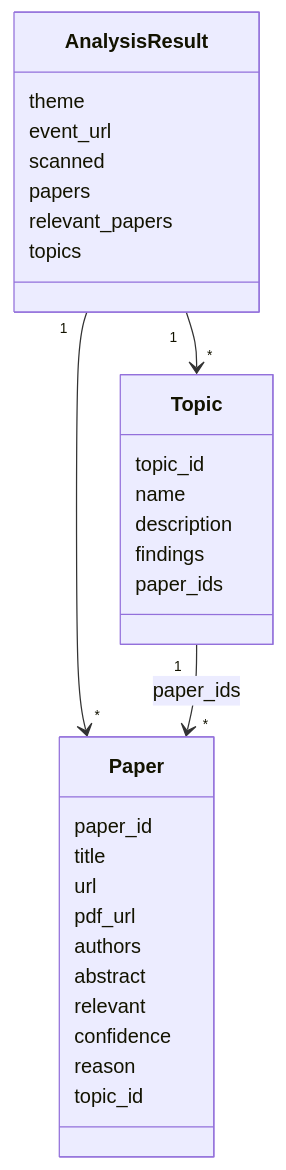
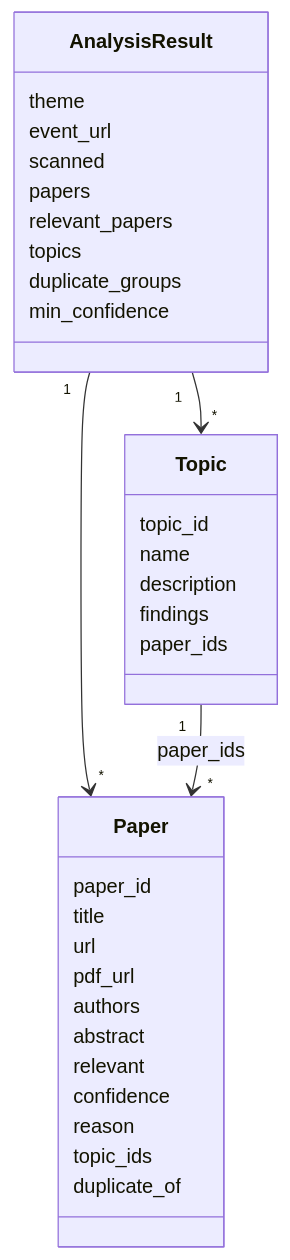
Before and after one commit to picaultj/conflens: the fourth of 4 diagrams in docs/ARCHITECTURE.md, drawn with Mermaid. The commit also changed other lines of this file and 2 other files, not shown here.

First line of the commit message:
Docs: refresh README, ARCHITECTURE, and AGENTS for current features

````diff
--- a/docs/ARCHITECTURE.md
+++ b/docs/ARCHITECTURE.md
@@ -109,33 +124,36 @@
 ```mermaid
 classDiagram
     class AnalysisResult {
       theme
       event_url
       scanned
       papers
       relevant_papers
       topics
+      duplicate_groups
+      min_confidence
     }
     class Topic {
       topic_id
       name
       description
       findings
       paper_ids
     }
     class Paper {
       paper_id
       title
       url
       pdf_url
       authors
       abstract
       relevant
       confidence
       reason
-      topic_id
+      topic_ids
+      duplicate_of
     }
     AnalysisResult "1" --> "*" Paper
     AnalysisResult "1" --> "*" Topic
     Topic "1" --> "*" Paper : paper_ids
 ```
````
